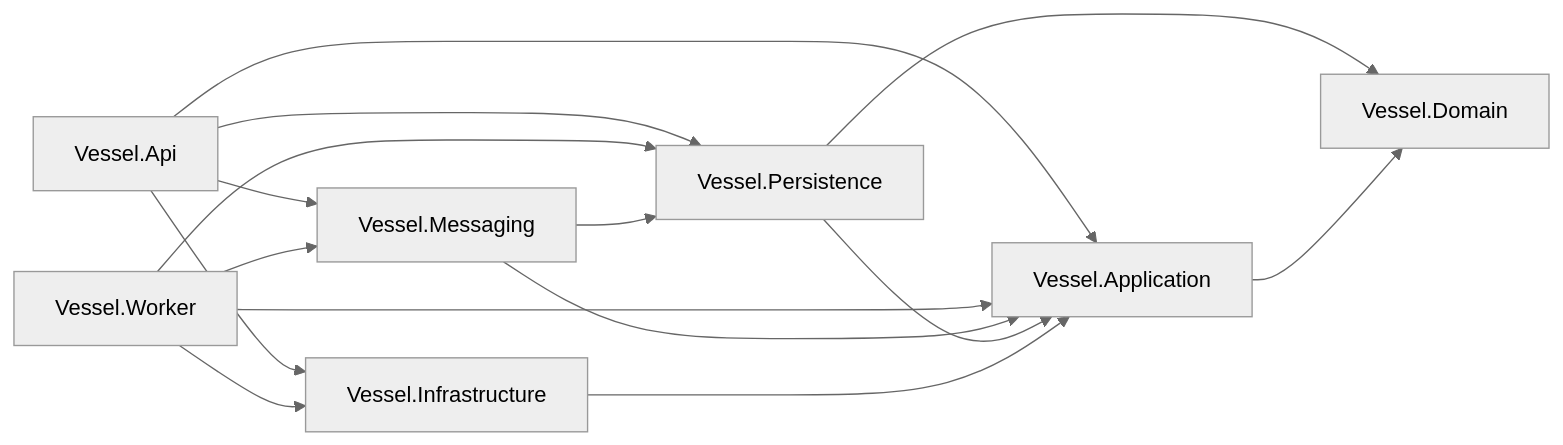
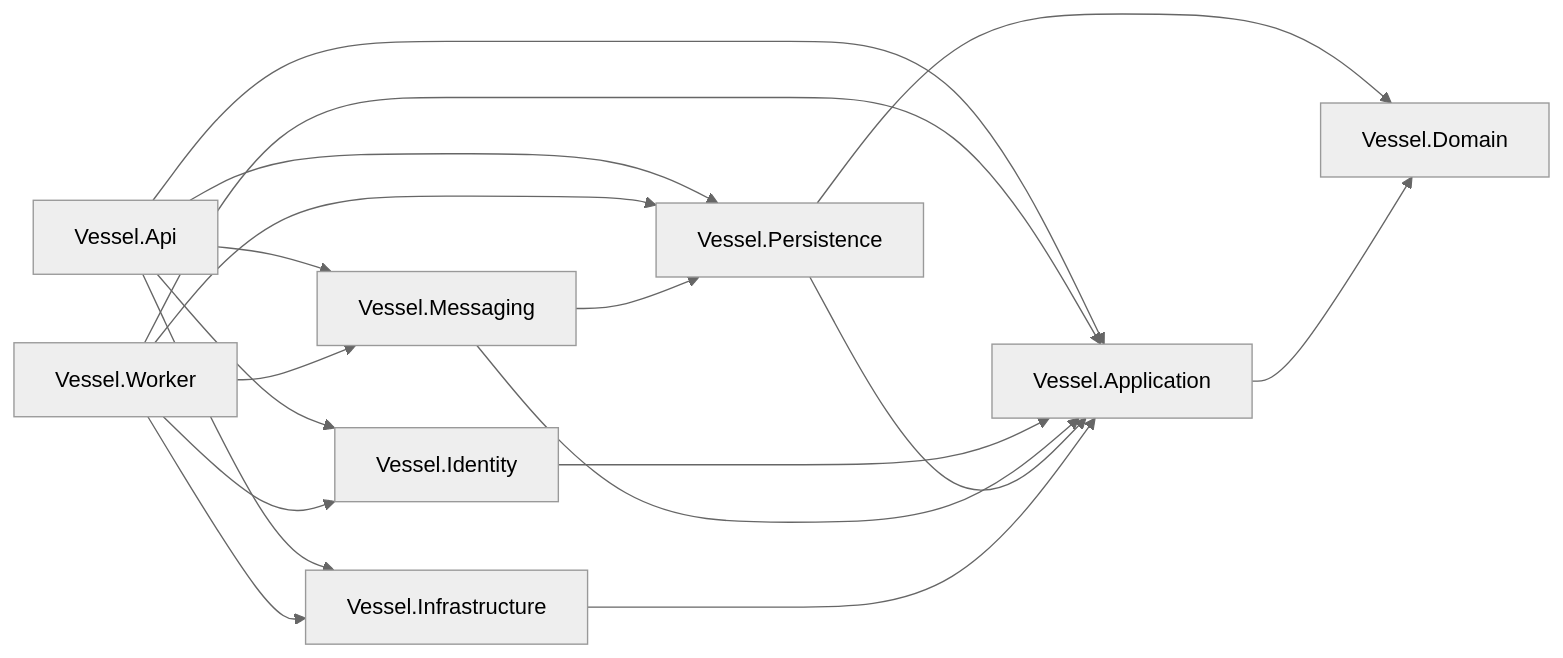
The first of 2 diagrams in docs/architecture/backend-guide.md (jcarcaboso/vessel), drawn with Mermaid (neutral theme) before and after one commit. The commit also changed other lines of this file and 8 other files, not shown here.

````diff
--- a/docs/architecture/backend-guide.md
+++ b/docs/architecture/backend-guide.md
@@ -40,17 +41,20 @@
 ```mermaid
 flowchart LR
     Api[Vessel.Api] --> Application
     Api --> Persistence
     Api --> Infrastructure
     Api --> Messaging
     Worker[Vessel.Worker] --> Application
     Worker --> Persistence
     Worker --> Infrastructure
     Worker --> Messaging
+    Api --> Identity
+    Worker --> Identity
+    Identity[Vessel.Identity] --> Application
     Messaging[Vessel.Messaging] --> Application
     Messaging --> Persistence
     Persistence[Vessel.Persistence] --> Application
     Persistence --> Domain
     Infrastructure[Vessel.Infrastructure] --> Application
     Application[Vessel.Application] --> Domain[Vessel.Domain]
 ```
````
